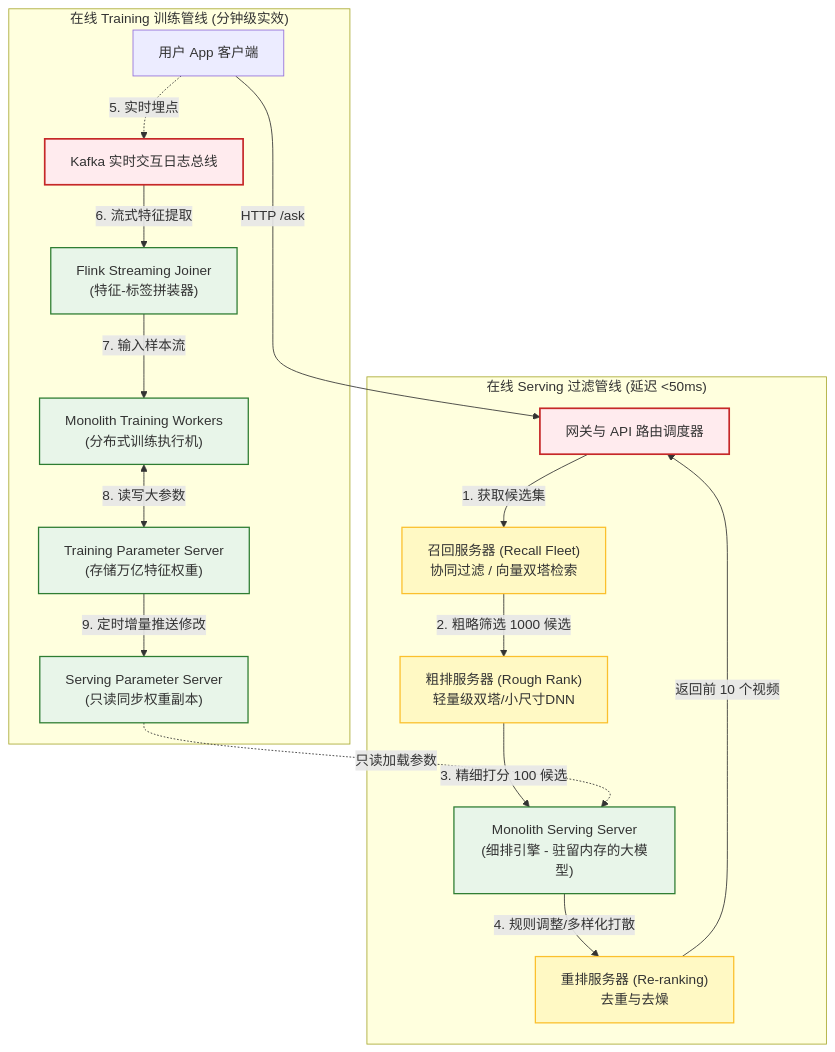
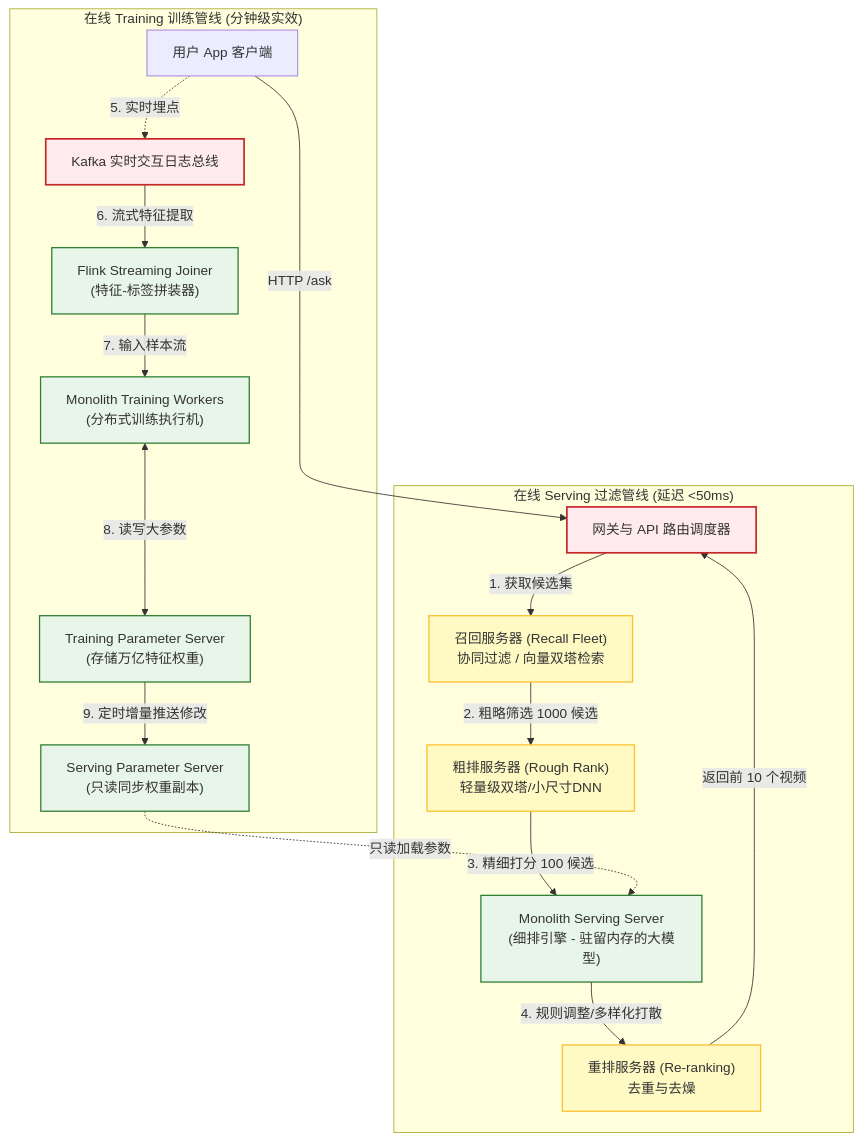
One commit to koosai/AI-Architect-Learning changed the second of 6 diagrams in docs/atlas/tiktok-recommendation.mdx. Above: the diagram before and after it, drawn with Mermaid. The commit also changed 68 other files, not shown here.

Commit message:
fix(atlas): fix browser client-side Mermaid rendering for mindmaps and flowcharts across 67 case studies

````diff
--- a/docs/atlas/tiktok-recommendation.mdx
+++ b/docs/atlas/tiktok-recommendation.mdx
@@ -139,30 +139,30 @@
 ```mermaid
 graph TB
     classDef client fill:#e1f5fe,stroke:#0288d1,stroke-width:1.5px;
     classDef extensions fill:#fff9c4,stroke:#fbc02d,stroke-width:1.5px;
     classDef gateway fill:#ffebee,stroke:#c62828,stroke-width:2px;
     classDef inference fill:#e8f5e9,stroke:#2e7d32,stroke-width:1.5px;
 
     UserApp["用户 App 客户端"] -->|HTTP /ask| GwsGateway["网关与 API 路由调度器"]:::gateway
     
     subgraph ServingPipeline ["在线 Serving 过滤管线 (延迟 <50ms)"]
         GwsGateway -->|1. 获取候选集| RecallNode["召回服务器 (Recall Fleet)<br/>协同过滤 / 向量双塔检索"]:::extensions
         RecallNode -->|2. 粗略筛选 1000 候选| RoughRank["粗排服务器 (Rough Rank)<br/>轻量级双塔/小尺寸DNN"]:::extensions
         RoughRank -->|3. 精细打分 100 候选| MonolithServing["Monolith Serving Server<br/>(细排引擎 - 驻留内存的大模型)"]:::inference
         MonolithServing -->|4. 规则调整/多样化打散| RerankNode["重排服务器 (Re-ranking)<br/>去重与去燥"]:::extensions
     end
 
     subgraph StreamingTraining ["在线 Training 训练管线 (分钟级实效)"]
         UserApp -.->|5. 实时埋点| KafkaQueue["Kafka 实时交互日志总线"]:::gateway
         KafkaQueue -->|6. 流式特征提取| FlinkJoiner["Flink Streaming Joiner<br/>(特征-标签拼装器)"]:::inference
         
         FlinkJoiner -->|7. 输入样本流| MonolithTraining["Monolith Training Workers<br/>(分布式训练执行机)"]:::inference
         
-        MonolithTraining <-->|8. 读写大参数| TrainingPS["Training Parameter Server<br/>(存储万亿特征权重)"]:::inference
+        MonolithTraining <--->|8. 读写大参数| TrainingPS["Training Parameter Server<br/>(存储万亿特征权重)"]:::inference
         TrainingPS -->|9. 定时增量推送修改| ServingPS["Serving Parameter Server<br/>(只读同步权重副本)"]:::inference
         
         ServingPS -.->|只读加载参数| MonolithServing
     end
 
     RerankNode -->|返回前 10 个视频| GwsGateway
 ```
````
